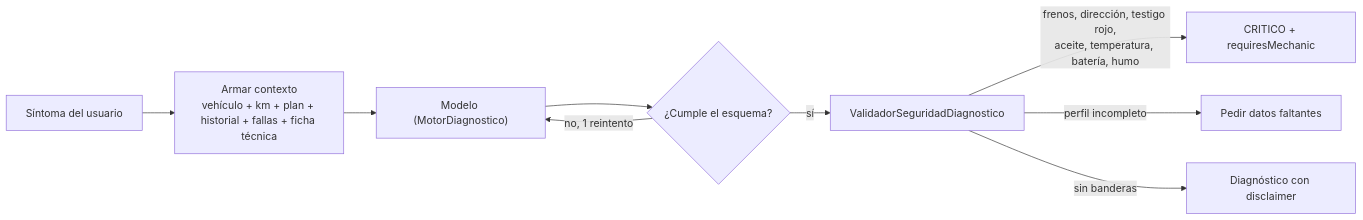
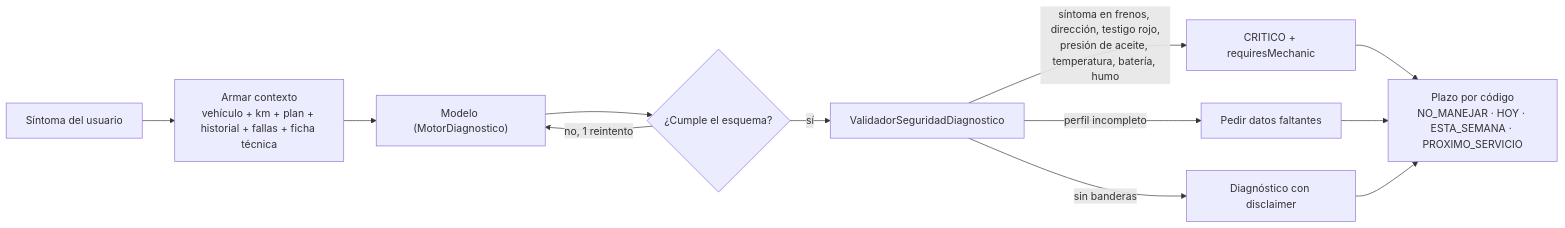
Before and after one commit to PaLuRoBu0809/WEVEH-CAR-ASSISTANT: the diagram in plugins/weveh-dev/skills/mecanico-ia/SKILL.md, drawn with Mermaid. The commit also changed other lines of this file and 9 other files, not shown here.

````diff
--- a/plugins/weveh-dev/skills/mecanico-ia/SKILL.md
+++ b/plugins/weveh-dev/skills/mecanico-ia/SKILL.md
@@ -12,11 +14,14 @@
 ```mermaid
 flowchart LR
   S["Síntoma del usuario"] --> C["Armar contexto<br/>vehículo + km + plan + historial + fallas + ficha técnica"]
   C --> M["Modelo (MotorDiagnostico)"]
   M --> E{"¿Cumple el esquema?"}
   E -- "no, 1 reintento" --> M
   E -- "sí" --> V["ValidadorSeguridadDiagnostico"]
-  V -- "frenos, dirección, testigo rojo,<br/>aceite, temperatura, batería, humo" --> CR["CRITICO + requiresMechanic"]
+  V -- "síntoma en frenos, dirección, testigo rojo,<br/>presión de aceite, temperatura, batería, humo" --> CR["CRITICO + requiresMechanic"]
   V -- "perfil incompleto" --> PD["Pedir datos faltantes"]
   V -- "sin banderas" --> OK["Diagnóstico con disclaimer"]
+  CR --> P["Plazo por código<br/>NO_MANEJAR · HOY · ESTA_SEMANA · PROXIMO_SERVICIO"]
+  PD --> P
+  OK --> P
 ```
````
